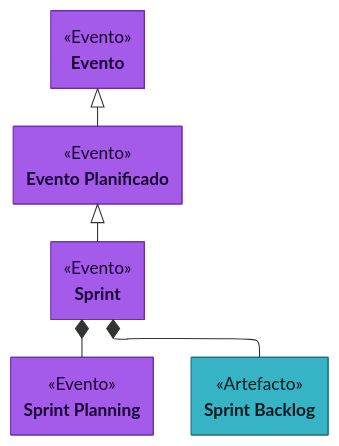
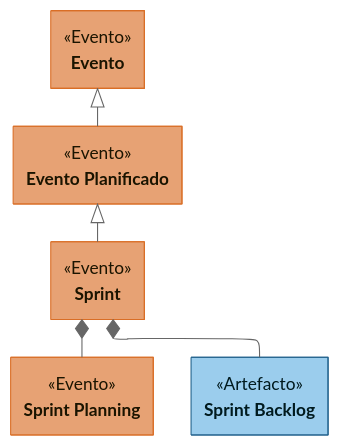
One commit to giulianoh92/diagramas-tpi-ma-snackoverflow changed the diagram in Proceso de Desarrollo Global/Perspectiva estatica (clases)/Categorizacion/Proceso Global (Eventos).mmd. Above: the diagram before and after it, drawn with Mermaid. The commit also changed 5 other files, not shown here.

```diff
--- a/Proceso de Desarrollo Global/Perspectiva estatica (clases)/Categorizacion/Proceso Global (Eventos).mmd
+++ b/Proceso de Desarrollo Global/Perspectiva estatica (clases)/Categorizacion/Proceso Global (Eventos).mmd
@@ -1,31 +1,32 @@
 ---
 config:
     layout: elk
     class:
         hideEmptyMembersBox: true
+    theme: neutral
 ---
 classDiagram
 
 class Evento["Evento"]:::evento {
     <<Evento>>
 }
 class EventoPlanificado["Evento Planificado"]:::evento {
     <<Evento>>
 }
 class Sprint["Sprint"]:::evento {
     <<Evento>>
 }
 class SprintPlanning["Sprint Planning"]:::evento {
     <<Evento>>
 }
 class SprintBacklog["Sprint Backlog"]:::artefacto {
     <<Artefacto>>
 }
 
 Evento <|-- EventoPlanificado
 EventoPlanificado <|-- Sprint
 Sprint *-- SprintPlanning
 Sprint *-- SprintBacklog
 
-classDef evento    fill:#a45be9,stroke:#6a2fa8,color:#1a0033
-classDef artefacto fill:#36b3c4,stroke:#1d6e7a,color:#001a1e
+classDef evento fill:#E7A274,stroke:#D96E26,color:#1a1400 
+classDef artefacto fill: #9BCDED,stroke:#21618C,color:#001a1e
```
